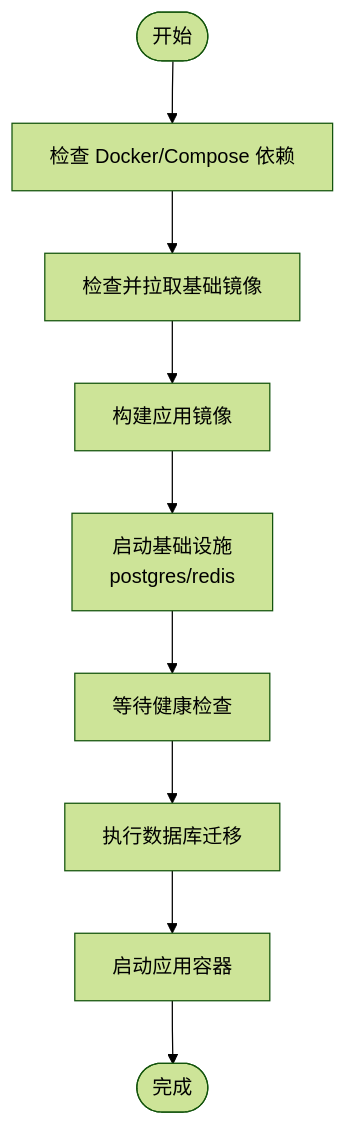
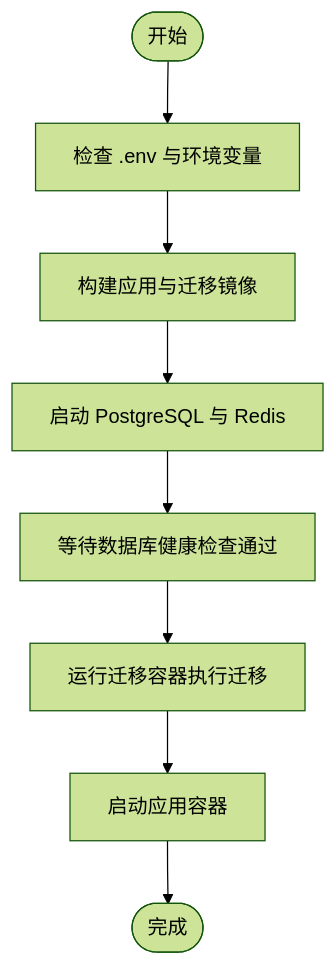
One commit to RadiumAg/AIGate changed the fourth of 4 diagrams in .qoder/repowiki/zh/content/快速开始.md. Above: the diagram before and after it, drawn with Mermaid (forest theme). The commit also changed other lines of this file and 141 other files, not shown here.

````diff
--- a/.qoder/repowiki/zh/content/快速开始.md
+++ b/.qoder/repowiki/zh/content/快速开始.md
@@ -154,11 +393,10 @@
 ```mermaid
 flowchart TD
-Start(["开始"]) --> CheckDeps["检查 Docker/Compose 依赖"]
-CheckDeps --> CheckImages["检查并拉取基础镜像"]
-CheckImages --> Build["构建应用镜像"]
-Build --> UpInfra["启动基础设施<br/>postgres/redis"]
-UpInfra --> WaitHealthy["等待健康检查"]
-WaitHealthy --> Migrate["执行数据库迁移"]
-Migrate --> UpApp["启动应用容器"]
+Start(["开始"]) --> CheckEnv["检查 .env 与环境变量"]
+CheckEnv --> BuildImages["构建应用与迁移镜像"]
+BuildImages --> UpInfra["启动 PostgreSQL 与 Redis"]
+UpInfra --> WaitHealthy["等待数据库健康检查通过"]
+WaitHealthy --> RunMigrate["运行迁移容器执行迁移"]
+RunMigrate --> UpApp["启动应用容器"]
 UpApp --> Done(["完成"])
 ```
````
